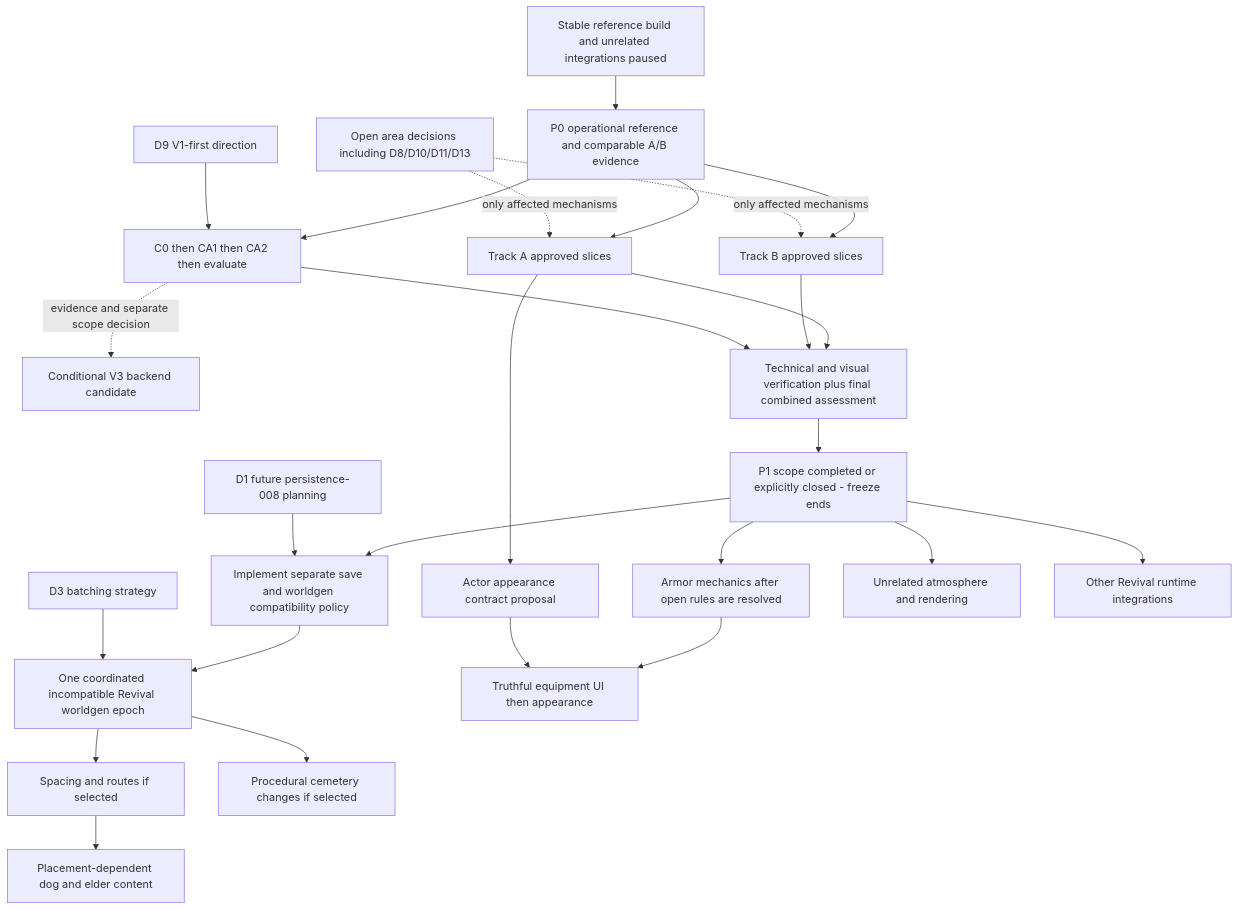
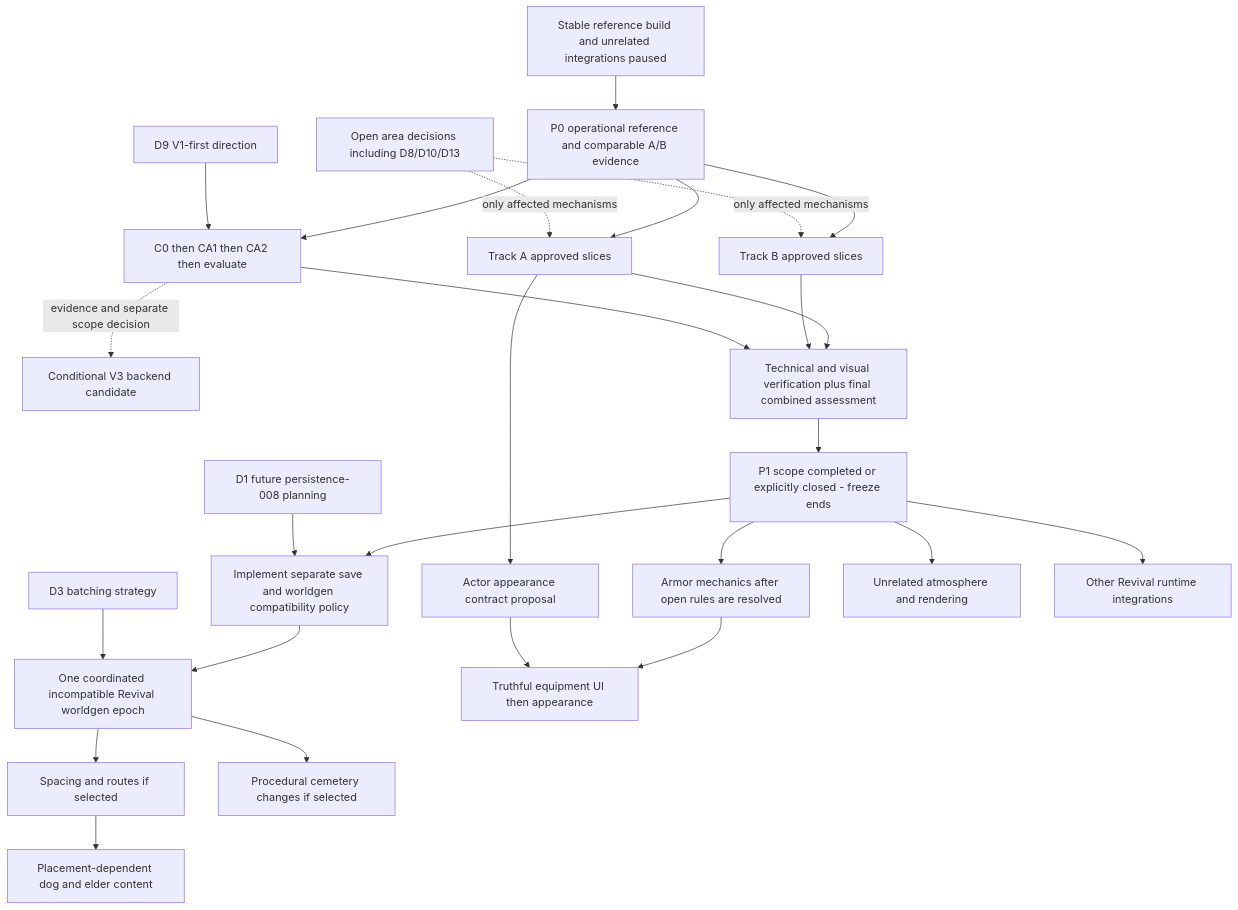
The diagram in docs/research/v1-revival/2026-10-27--master-revival-roadmap.md (jm-sky/seedvale-v1), drawn with Mermaid before and after one commit. The commit also changed other lines of this file and 8 other files, not shown here.

````diff
--- a/docs/research/v1-revival/2026-10-27--master-revival-roadmap.md
+++ b/docs/research/v1-revival/2026-10-27--master-revival-roadmap.md
@@ -54,28 +54,28 @@
 ```mermaid
 graph TD
   REF[Stable reference build and unrelated integrations paused] --> BASE[P0 operational reference and comparable A/B evidence]
   BASE --> A[Track A approved slices]
   BASE --> B[Track B approved slices]
   BASE --> C[C0 then CA1 then CA2 then evaluate]
   D9[D9 V1-first direction] --> C
   C -. evidence and separate scope decision .-> CB[Conditional V3 backend candidate]
-  DEC[Open area decisions including D8/D10/D11/D13] -. only affected mechanisms .-> A
+  DEC[Open area decisions including D8/D10/D13] -. only affected mechanisms .-> A
   DEC -. only affected mechanisms .-> B
   A --> FINAL[Technical and visual verification plus final combined assessment]
   B --> FINAL
   C --> FINAL
   FINAL --> EXIT[P1 scope completed or explicitly closed - freeze ends]
   EXIT --> SAVE[Implement separate save and worldgen compatibility policy]
   D1[D1 future persistence-008 planning] --> SAVE
   SAVE --> EPOCH[One coordinated incompatible Revival worldgen epoch]
   D3[D3 batching strategy] --> EPOCH
   EPOCH --> SPACE[Spacing and routes if selected]
   EPOCH --> CEM[Procedural cemetery changes if selected]
   SPACE --> STORIES[Placement-dependent dog and elder content]
   EXIT --> ARM[Armor mechanics after open rules are resolved]
   ARM --> EUI[Truthful equipment UI then appearance]
   A --> LOOK[Actor appearance contract proposal]
   LOOK --> EUI
   EXIT --> ATM[Unrelated atmosphere and rendering]
   EXIT --> OTHER[Other Revival runtime integrations]
 ```
````
